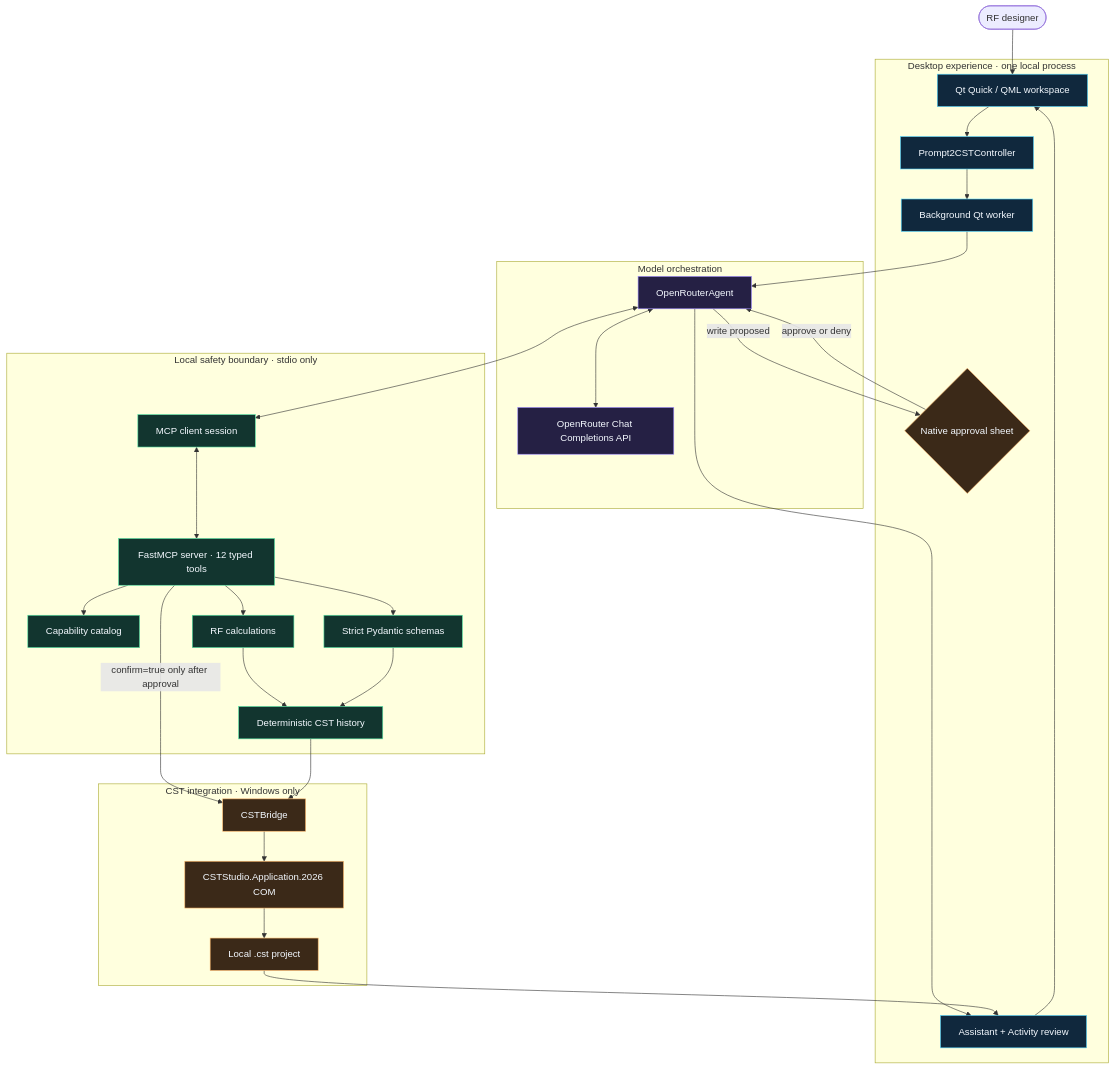
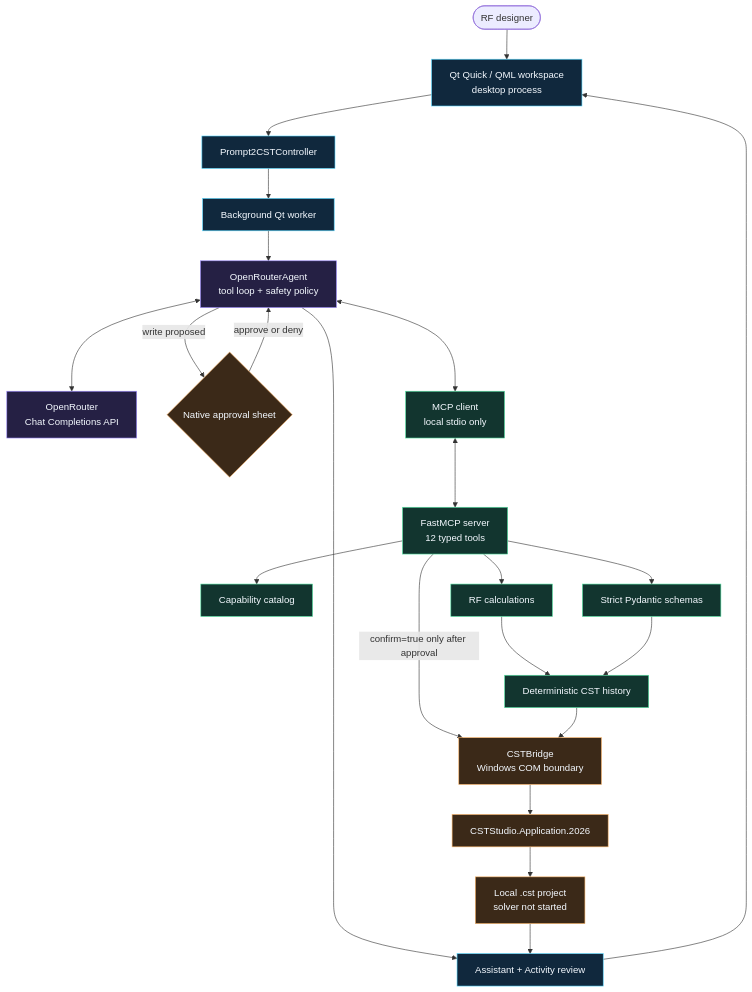
The second of 6 diagrams in README.md (Mithunjagan/Prompt2CST), drawn with Mermaid before and after one commit.

Commit message:
Refine README architecture layout

````diff
--- a/README.md
+++ b/README.md
@@ -547,59 +547,45 @@
 ```mermaid
 flowchart TB
     User(["RF designer"])
+    QML["Qt Quick / QML workspace<br/>desktop process"]
+    Controller["Prompt2CSTController"]
+    Worker["Background Qt worker"]
+    Agent["OpenRouterAgent<br/>tool loop + safety policy"]
+    OR["OpenRouter<br/>Chat Completions API"]
+    Approval{"Native approval sheet"}
+    Review["Assistant + Activity review"]
+    Client["MCP client<br/>local stdio only"]
+    Server["FastMCP server<br/>12 typed tools"]
+    Catalog["Capability catalog"]
+    Design["RF calculations"]
+    Schema["Strict Pydantic schemas"]
+    Macros["Deterministic CST history"]
+    Bridge["CSTBridge<br/>Windows COM boundary"]
+    COM["CSTStudio.Application.2026"]
+    Project["Local .cst project<br/>solver not started"]
 
-    subgraph Desktop["Desktop experience · one local process"]
-        QML["Qt Quick / QML workspace"]
-        Controller["Prompt2CSTController"]
-        Worker["Background Qt worker"]
-        Approval{"Native approval sheet"}
-        Review["Assistant + Activity review"]
-    end
+    User --> QML --> Controller --> Worker --> Agent
+    Agent <--> OR
+    Agent <--> Client <--> Server
+    Agent -->|"write proposed"| Approval
+    Approval -->|"approve or deny"| Agent
+    Agent --> Review --> QML
 
-    subgraph Intelligence["Model orchestration"]
-        Agent["OpenRouterAgent"]
-        OR["OpenRouter Chat Completions API"]
-    end
-
-    subgraph LocalSafety["Local safety boundary · stdio only"]
-        Client["MCP client session"]
-        Server["FastMCP server · 12 typed tools"]
-        Catalog["Capability catalog"]
-        Design["RF calculations"]
-        Schema["Strict Pydantic schemas"]
-        Macros["Deterministic CST history"]
-    end
-
-    subgraph CSTSide["CST integration · Windows only"]
-        Bridge["CSTBridge"]
-        COM["CSTStudio.Application.2026 COM"]
-        Project["Local .cst project"]
-    end
-
-    User --> QML
-    QML --> Controller --> Worker --> Agent
-    Agent <--> OR
-    Agent <--> Client
-    Client <--> Server
     Server --> Catalog
     Server --> Design
     Server --> Schema
     Design --> Macros
     Schema --> Macros
-    Agent -->|"write proposed"| Approval
-    Approval -->|"approve or deny"| Agent
-    Agent --> Review --> QML
     Server -->|"confirm=true only after approval"| Bridge
-    Macros --> Bridge
-    Bridge --> COM --> Project
+    Macros --> Bridge --> COM --> Project
     Project --> Review
 
     classDef ui fill:#10283d,stroke:#55d7ff,color:#f4f9ff;
     classDef ai fill:#252044,stroke:#9e8cff,color:#f4f9ff;
     classDef safe fill:#12352f,stroke:#55e6a5,color:#f4f9ff;
     classDef write fill:#3b2918,stroke:#ffb86b,color:#f4f9ff;
     class QML,Controller,Worker,Review ui;
     class Agent,OR ai;
     class Client,Server,Catalog,Design,Schema,Macros safe;
     class Approval,Bridge,COM,Project write;
 ```
````
